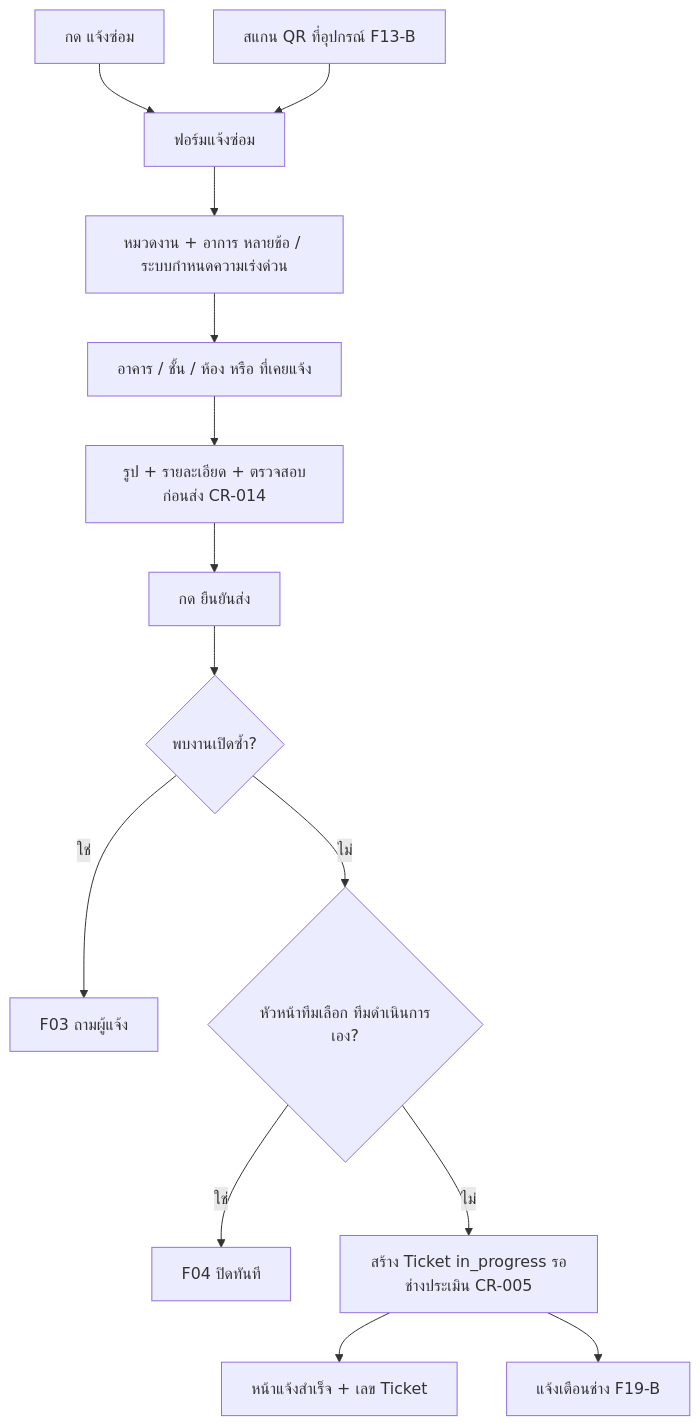
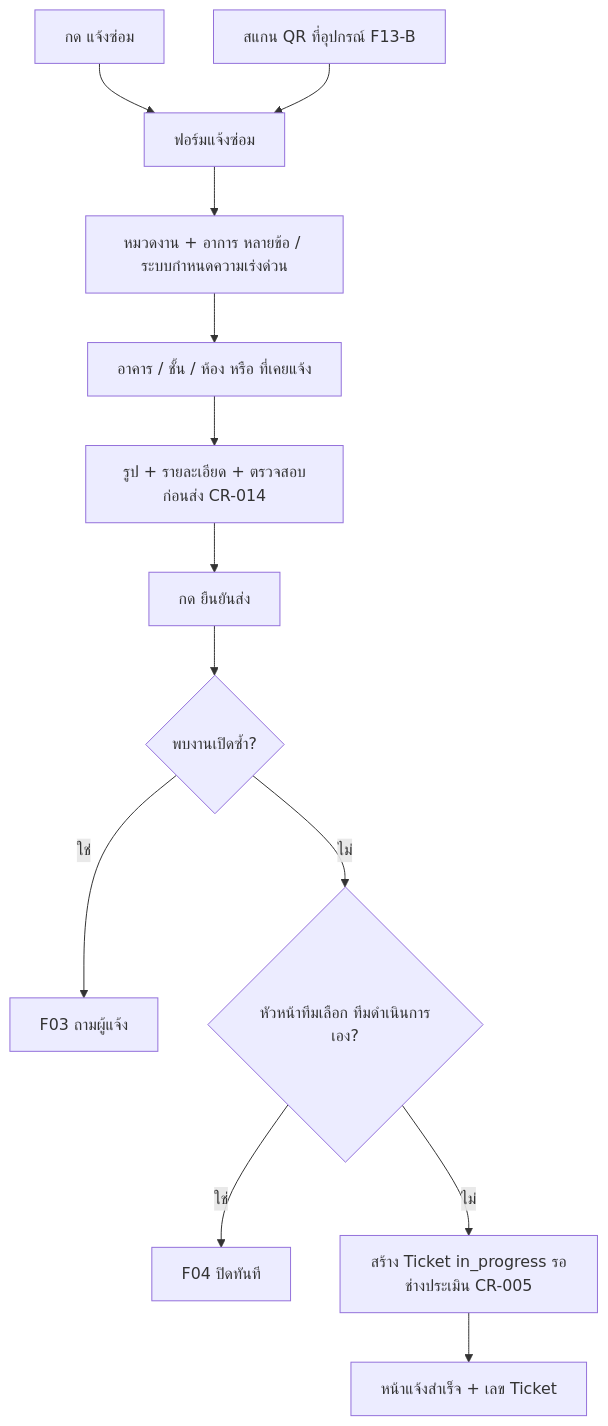
One commit to pithawat/BAMBAM changed the fourth of 14 diagrams in docs/modules/repair/02-flows.md. Above: the diagram before and after it, drawn with Mermaid. The commit also changed other lines of this file and 175 other files, not shown here.

````diff
--- a/docs/modules/repair/02-flows.md
+++ b/docs/modules/repair/02-flows.md
@@ -124,12 +124,11 @@
 ```mermaid
 flowchart TD
   A1[กด แจ้งซ่อม] --> F[ฟอร์มแจ้งซ่อม]
   A2[สแกน QR ที่อุปกรณ์ F13-B] --> F
   F --> S1[หมวดงาน + อาการ หลายข้อ / ระบบกำหนดความเร่งด่วน] --> S2[อาคาร / ชั้น / ห้อง หรือ ที่เคยแจ้ง] --> S3[รูป + รายละเอียด + ตรวจสอบก่อนส่ง CR-014] --> SUB[กด ยืนยันส่ง]
   SUB --> D1{พบงานเปิดซ้ำ?}
   D1 -- ใช่ --> F03[F03 ถามผู้แจ้ง]
   D1 -- ไม่ --> D2{หัวหน้าทีมเลือก ทีมดำเนินการเอง?}
   D2 -- ใช่ --> F04[F04 ปิดทันที]
   D2 -- ไม่ --> T[สร้าง Ticket in_progress รอช่างประเมิน CR-005] --> OK[หน้าแจ้งสำเร็จ + เลข Ticket]
-  T --> N[แจ้งเตือนช่าง F19-B]
 ```
````
